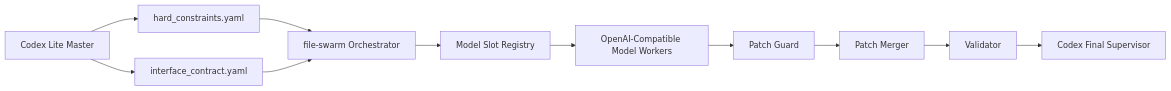
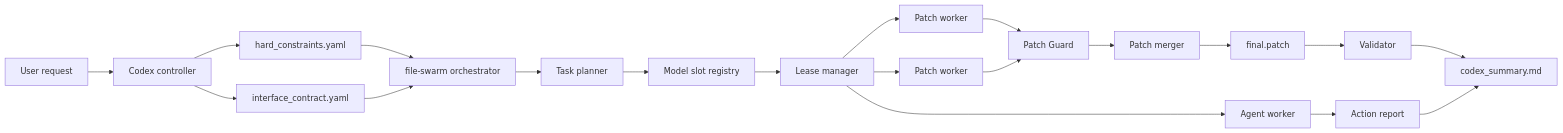
One commit to xianshengl487-star/file-swarm changed the diagram in README.md. Above: the diagram before and after it, drawn with Mermaid. The commit also changed other lines of this file and 2 other files, not shown here.

Commit message:
Integrate swarm and agent skills in GitHub docs

````diff
--- a/README.md
+++ b/README.md
@@ -111,13 +43,22 @@
 ```mermaid
 flowchart LR
-  A[Codex Lite Master] --> B[hard_constraints.yaml]
-  A --> C[interface_contract.yaml]
-  B --> D[file-swarm Orchestrator]
-  C --> D
-  D --> E[Model Slot Registry]
-  E --> F[OpenAI-Compatible Model Workers]
-  F --> G[Patch Guard]
-  G --> H[Patch Merger]
-  H --> I[Validator]
-  I --> J[Codex Final Supervisor]
+  U["User request"] --> C["Codex controller"]
+  C --> HC["hard_constraints.yaml"]
+  C --> IC["interface_contract.yaml"]
+  HC --> O["file-swarm orchestrator"]
+  IC --> O
+  O --> P["Task planner"]
+  P --> R["Model slot registry"]
+  R --> L["Lease manager"]
+  L --> W1["Patch worker"]
+  L --> W2["Patch worker"]
+  L --> A1["Agent worker"]
+  W1 --> G["Patch Guard"]
+  W2 --> G
+  G --> M["Patch merger"]
+  M --> F["final.patch"]
+  A1 --> AR["Action report"]
+  F --> V["Validator"]
+  V --> S["codex_summary.md"]
+  AR --> S
 ```
````
